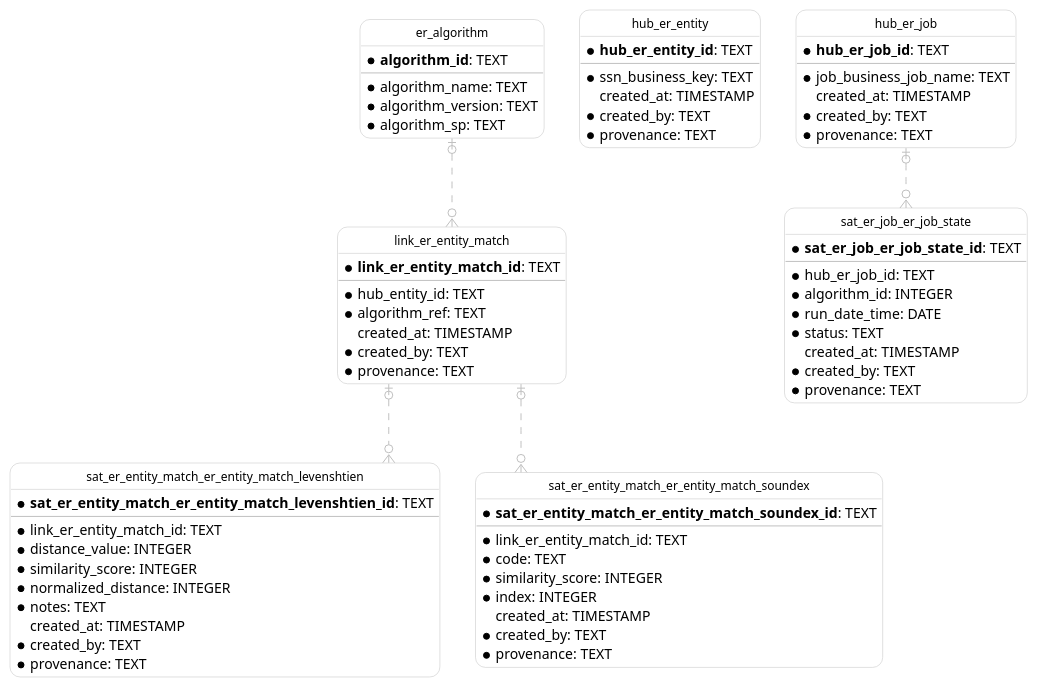
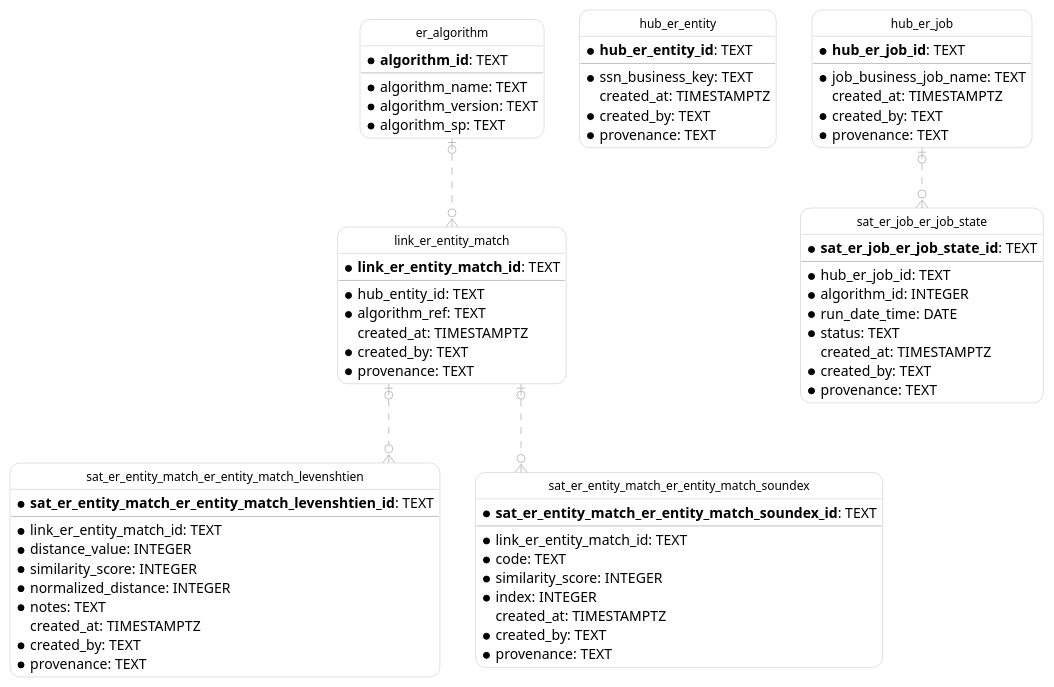
One commit to netspective-labs/sql-aide changed the diagram in examples/data-vault/data-vault-sqla_test.fixture-02.puml. Above: the diagram before and after it, drawn with PlantUML. The commit also changed 26 other files, not shown here.

Commit message:
feat: update timestamp fields with timestamptz

```diff
--- a/examples/data-vault/data-vault-sqla_test.fixture-02.puml
+++ b/examples/data-vault/data-vault-sqla_test.fixture-02.puml
@@ -1,90 +1,90 @@
 @startuml IE
   hide circle
   skinparam linetype ortho
   skinparam roundcorner 20
   skinparam class {
     BackgroundColor White
     ArrowColor Silver
     BorderColor Silver
     FontColor Black
     FontSize 12
   }
 
   entity "er_algorithm" as er_algorithm {
     * **algorithm_id**: TEXT
     --
     * algorithm_name: TEXT
     * algorithm_version: TEXT
     * algorithm_sp: TEXT
   }
 
   entity "hub_er_entity" as hub_er_entity {
     * **hub_er_entity_id**: TEXT
     --
     * ssn_business_key: TEXT
-      created_at: TIMESTAMP
+      created_at: TIMESTAMPTZ
     * created_by: TEXT
     * provenance: TEXT
   }
 
   entity "hub_er_job" as hub_er_job {
     * **hub_er_job_id**: TEXT
     --
     * job_business_job_name: TEXT
-      created_at: TIMESTAMP
+      created_at: TIMESTAMPTZ
     * created_by: TEXT
     * provenance: TEXT
   }
 
   entity "sat_er_job_er_job_state" as sat_er_job_er_job_state {
     * **sat_er_job_er_job_state_id**: TEXT
     --
     * hub_er_job_id: TEXT
     * algorithm_id: INTEGER
     * run_date_time: DATE
     * status: TEXT
-      created_at: TIMESTAMP
+      created_at: TIMESTAMPTZ
     * created_by: TEXT
     * provenance: TEXT
   }
 
   entity "link_er_entity_match" as link_er_entity_match {
     * **link_er_entity_match_id**: TEXT
     --
     * hub_entity_id: TEXT
     * algorithm_ref: TEXT
-      created_at: TIMESTAMP
+      created_at: TIMESTAMPTZ
     * created_by: TEXT
     * provenance: TEXT
   }
 
   entity "sat_er_entity_match_er_entity_match_levenshtien" as sat_er_entity_match_er_entity_match_levenshtien {
     * **sat_er_entity_match_er_entity_match_levenshtien_id**: TEXT
     --
     * link_er_entity_match_id: TEXT
     * distance_value: INTEGER
     * similarity_score: INTEGER
     * normalized_distance: INTEGER
     * notes: TEXT
-      created_at: TIMESTAMP
+      created_at: TIMESTAMPTZ
     * created_by: TEXT
     * provenance: TEXT
   }
 
   entity "sat_er_entity_match_er_entity_match_soundex" as sat_er_entity_match_er_entity_match_soundex {
     * **sat_er_entity_match_er_entity_match_soundex_id**: TEXT
     --
     * link_er_entity_match_id: TEXT
     * code: TEXT
     * similarity_score: INTEGER
     * index: INTEGER
-      created_at: TIMESTAMP
+      created_at: TIMESTAMPTZ
     * created_by: TEXT
     * provenance: TEXT
   }
 
   hub_er_job |o..o{ sat_er_job_er_job_state
   er_algorithm |o..o{ link_er_entity_match
   link_er_entity_match |o..o{ sat_er_entity_match_er_entity_match_levenshtien
   link_er_entity_match |o..o{ sat_er_entity_match_er_entity_match_soundex
 @enduml
```
